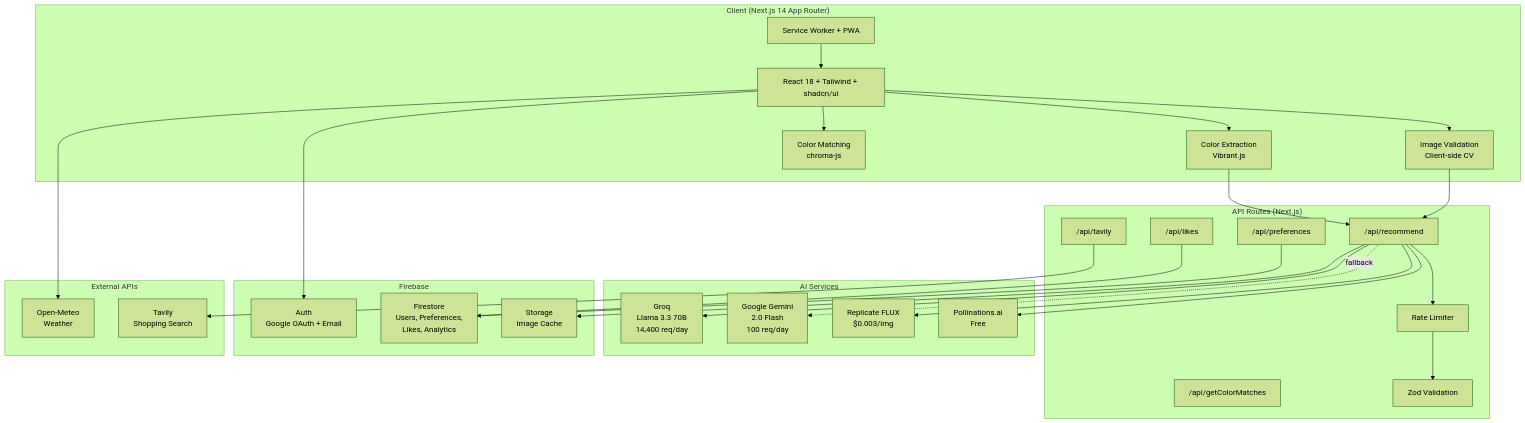
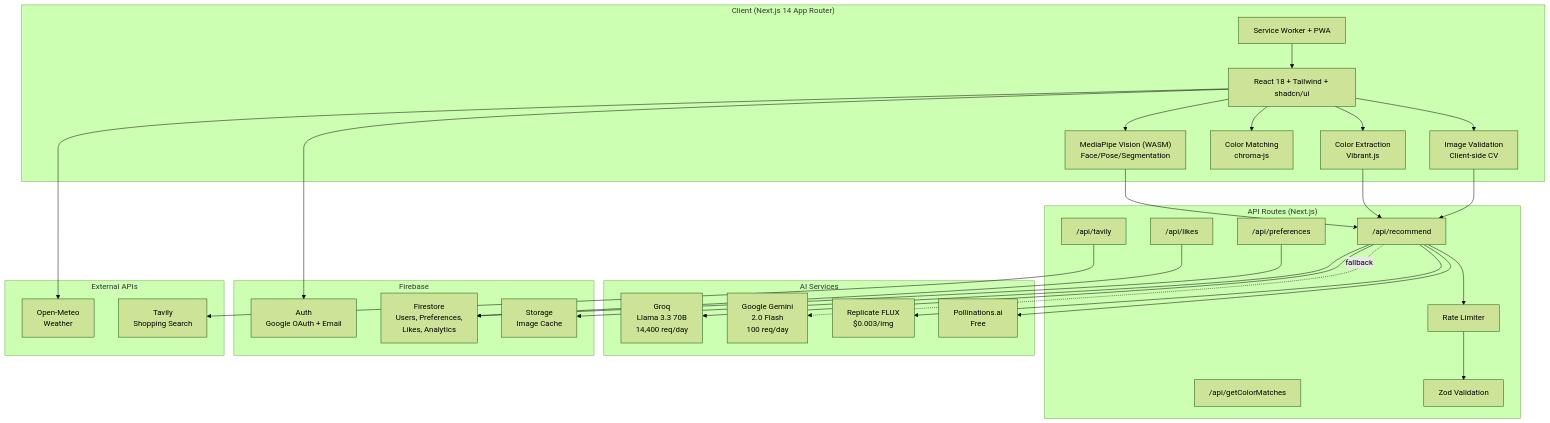
The diagram in README.md (shashankbaswa007/SmartStyle), drawn with Mermaid (forest theme) before and after one commit. The commit also changed other lines of this file, not shown here.

Commit message:
docs: document privacy-first on-device MediaPipe deep learning pipeline

````diff
--- a/README.md
+++ b/README.md
@@ -33,54 +33,56 @@
 ```mermaid
 graph TB
     subgraph Client["Client (Next.js 14 App Router)"]
         UI[React 18 + Tailwind + shadcn/ui]
-        CE[Color Extraction<br/>Vibrant.js]
-        IV[Image Validation<br/>Client-side CV]
-        CM[Color Matching<br/>chroma-js]
-        PWA[Service Worker + PWA]
+        DL["MediaPipe Vision (WASM)<br/>Face/Pose/Segmentation"]
+        CE["Color Extraction<br/>Vibrant.js"]
+        IV["Image Validation<br/>Client-side CV"]
+        CM["Color Matching<br/>chroma-js"]
+        PWA["Service Worker + PWA"]
     end
 
     subgraph API["API Routes (Next.js)"]
         REC["/api/recommend"]
         COL["/api/getColorMatches"]
         SHOP["/api/tavily"]
         LIKE["/api/likes"]
         PREF["/api/preferences"]
         RL[Rate Limiter]
         VAL[Zod Validation]
     end
 
     subgraph AI["AI Services"]
         GROQ[Groq<br/>Llama 3.3 70B<br/>14,400 req/day]
         GEMINI[Google Gemini<br/>2.0 Flash<br/>100 req/day]
         FLUX[Replicate FLUX<br/>$0.003/img]
         POLL[Pollinations.ai<br/>Free]
     end
 
     subgraph Firebase["Firebase"]
         AUTH[Auth<br/>Google OAuth + Email]
         FS[Firestore<br/>Users, Preferences,<br/>Likes, Analytics]
         STG[Storage<br/>Image Cache]
     end
 
     subgraph External["External APIs"]
         WEATHER[Open-Meteo<br/>Weather]
         TAVILY[Tavily<br/>Shopping Search]
     end
 
+    UI --> DL --> REC
     UI --> CE --> REC
     UI --> IV --> REC
     UI --> CM
     REC --> RL --> VAL
     REC --> GROQ
     REC -.->|fallback| GEMINI
     REC --> FLUX
     REC --> POLL
     REC --> STG
     SHOP --> TAVILY
     LIKE --> FS
     PREF --> FS
     UI --> AUTH
     UI --> WEATHER
     PWA --> UI
 ```
````
